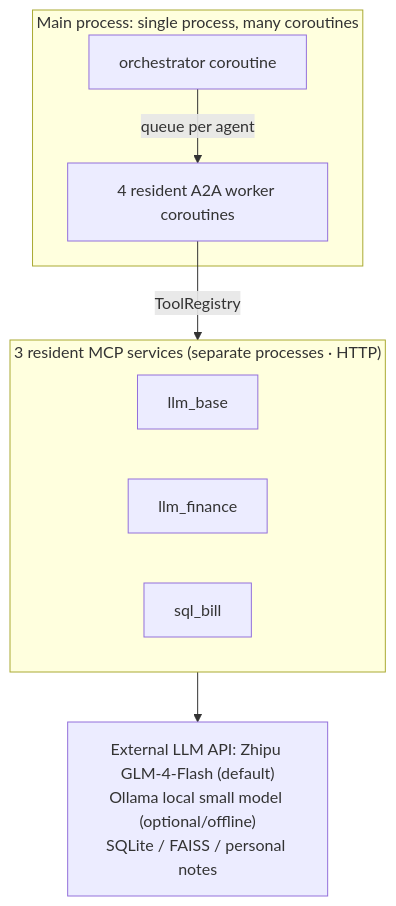
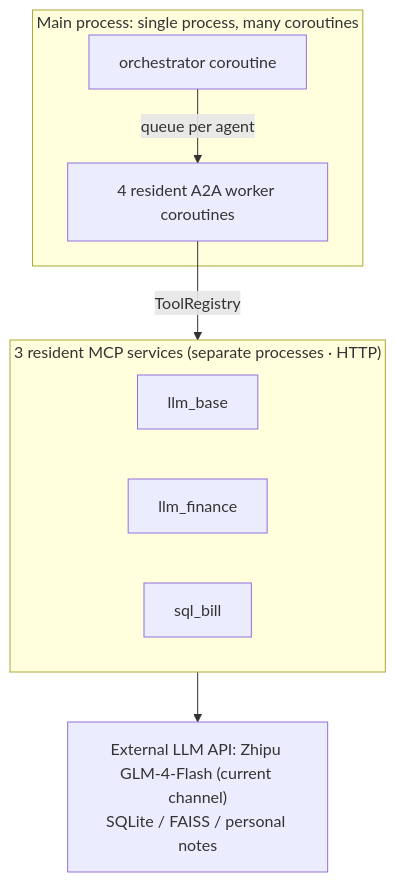
The sixth of 6 diagrams in README.md (ChenXB-168/billAgent), drawn with Mermaid before and after one commit. The commit also changed other lines of this file and 9 other files, not shown here.

````diff
--- a/README.md
+++ b/README.md
@@ -490,18 +492,18 @@
 ```mermaid
 %%{init: {"theme": "default", "flowchart": {"curve": "linear"}}}%%
 flowchart TB
     subgraph MAIN["Main process: single process, many coroutines"]
         ORCH2["orchestrator coroutine"]
         WK["4 resident A2A worker coroutines"]
     end
     subgraph MCP["3 resident MCP services (separate processes · HTTP)"]
         M1["llm_base"]
         M2["llm_finance"]
         M3["sql_bill"]
     end
-    EXT["External LLM API: Zhipu GLM-4-Flash (default)<br/>Ollama local small model (optional/offline)<br/>SQLite / FAISS / personal notes"]
+    EXT["External LLM API: Zhipu GLM-4-Flash (current channel)<br/>SQLite / FAISS / personal notes"]
 
     ORCH2 -->|queue per agent| WK
     WK -->|ToolRegistry| MCP
     MCP --> EXT
 ```
````
